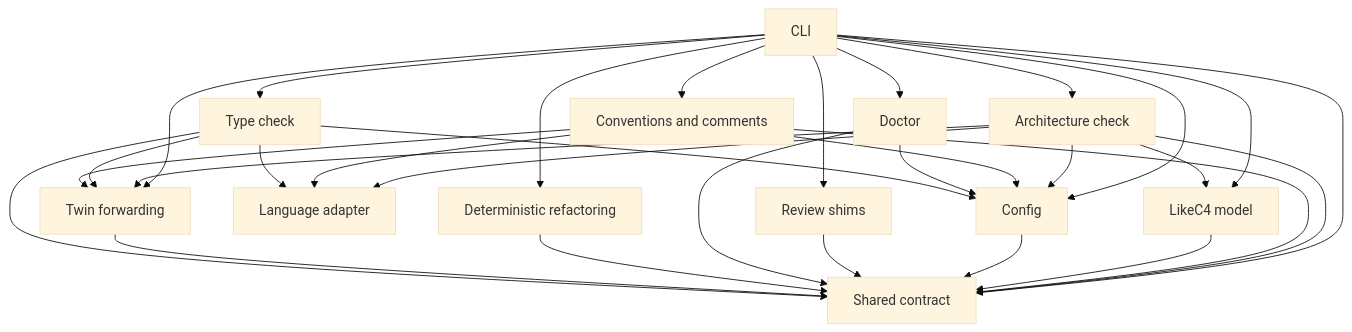
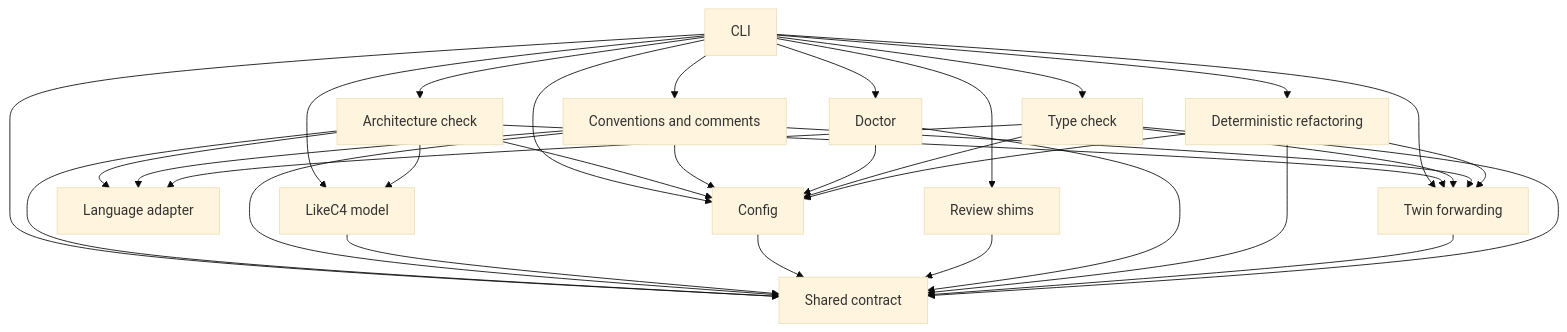
Before and after one commit to MotleyAI/living-architecture: the first of 2 diagrams in architecture/system.arc42.md, drawn with Mermaid (base theme). The commit also changed other lines of this file and 12 other files, not shown here.

````diff
--- a/architecture/system.arc42.md
+++ b/architecture/system.arc42.md
@@ -13,46 +13,48 @@
 ```mermaid
 flowchart TD
   %% system: Living-architecture commands
   contract["Shared contract"]
   config["Config"]
   cli["CLI"]
   c4["LikeC4 model"]
   archcheck["Architecture check"]
   lang["Language adapter"]
   conventions["Conventions and comments"]
   review["Review shims"]
   doctor["Doctor"]
   refactor["Deterministic refactoring"]
   twin["Twin forwarding"]
   typecheck["Type check"]
   cli --> contract
   cli --> config
   cli --> archcheck
   cli --> c4
   cli --> conventions
   cli --> review
   cli --> doctor
   cli --> refactor
   archcheck --> c4
   archcheck --> lang
   archcheck --> config
   archcheck --> contract
   conventions --> lang
   conventions --> config
   conventions --> contract
   c4 --> contract
   config --> contract
   review --> contract
   doctor --> config
   doctor --> contract
   refactor --> contract
   cli --> twin
   archcheck --> twin
   twin --> contract
   cli --> typecheck
   typecheck --> lang
   typecheck --> config
   typecheck --> contract
   typecheck --> twin
   conventions --> twin
+  refactor --> config
+  refactor --> twin
 ```
````
